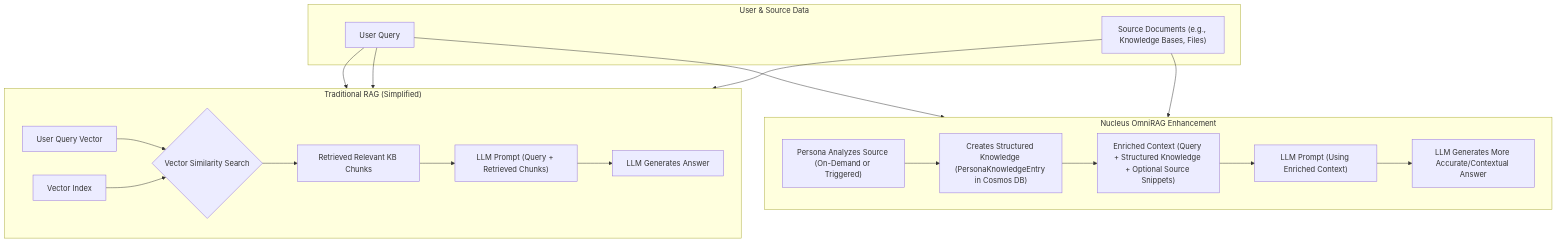
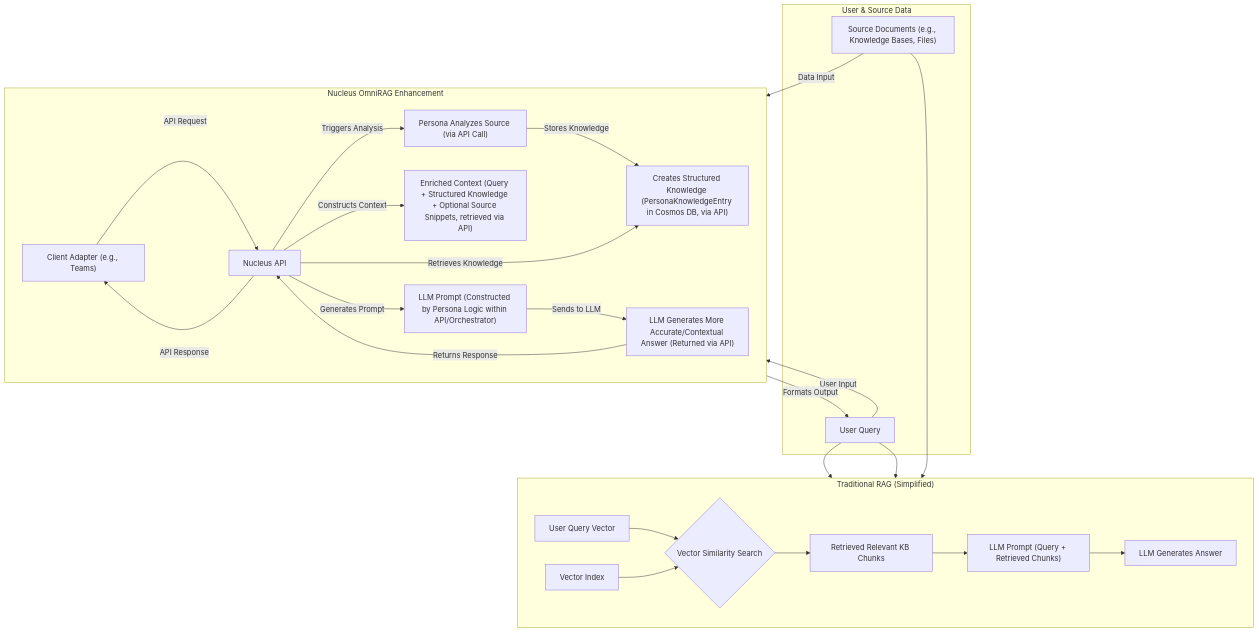
One commit to jfjordanfarr/Nucleus changed the second of 4 diagrams in Docs/Architecture/00_ARCHITECTURE_OVERVIEW.md. Above: the diagram before and after it, drawn with Mermaid. The commit also changed other lines of this file and 168 other files, not shown here.

Commit message:
Namespace reorganization, first integration tests, API-first architecture

````diff
--- a/Docs/Architecture/00_ARCHITECTURE_OVERVIEW.md
+++ b/Docs/Architecture/00_ARCHITECTURE_OVERVIEW.md
@@ -218,42 +151,51 @@
 ```mermaid
 graph TD
     subgraph "User & Source Data"
         A["User Query"]
         B["Source Documents (e.g., Knowledge Bases, Files)"]
     end
 
     subgraph "Traditional RAG (Simplified)"
         direction LR
         C["User Query Vector"]
         D["Vector Index"]
         E{"Vector Similarity Search"}
         F["Retrieved Relevant KB Chunks"]
         G["LLM Prompt (Query + Retrieved Chunks)"]
         H["LLM Generates Answer"]
     end
 
     subgraph "Nucleus OmniRAG Enhancement"
         direction LR
-        I["Persona Analyzes Source (On-Demand or Triggered)"]
-        J["Creates Structured Knowledge (PersonaKnowledgeEntry in Cosmos DB)"]
-        K["Enriched Context (Query + Structured Knowledge + Optional Source Snippets)"]
-        L["LLM Prompt (Using Enriched Context)"]
-        M["LLM Generates More Accurate/Contextual Answer"]
+        AA["Client Adapter (e.g., Teams)"]
+        BB[Nucleus API]
+        I["Persona Analyzes Source (via API Call)"]
+        J["Creates Structured Knowledge (PersonaKnowledgeEntry in Cosmos DB, via API)"]
+        K["Enriched Context (Query + Structured Knowledge + Optional Source Snippets, retrieved via API)"]
+        L["LLM Prompt (Constructed by Persona Logic within API/Orchestrator)"]
+        M["LLM Generates More Accurate/Contextual Answer (Returned via API)"]
     end
+
+    A -- User Input --> AA
+    AA -- API Request --> BB
 
     A --> C
     C --> E
     B --> D
     D --> E
     E --> F
     A --> G
     F --> G
     G --> H
 
-    A --> K
-    B --> I
-    I --> J
-    J --> K
-    K --> L
-    L --> M
+    BB -- Triggers Analysis --> I
+    B -- Data Input --> I
+    I -- Stores Knowledge --> J
+    BB -- Retrieves Knowledge --> J
+    BB -- Constructs Context --> K
+    BB -- Generates Prompt --> L
+    L -- Sends to LLM --> M
+    M -- Returns Response --> BB
+    BB -- API Response --> AA
+    AA -- Formats Output --> A
 ```
````
